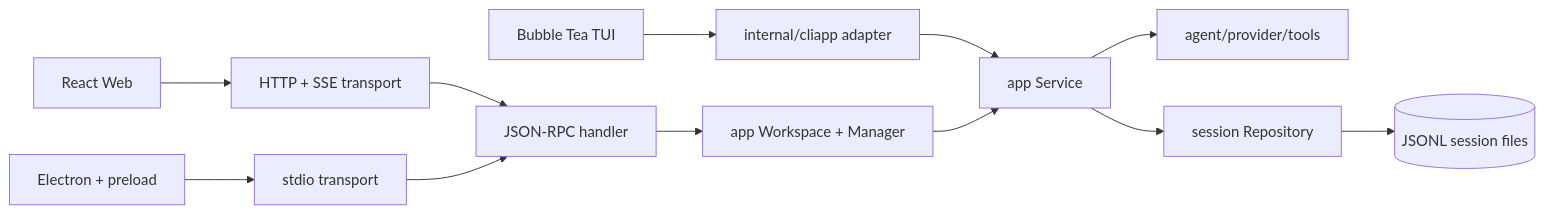
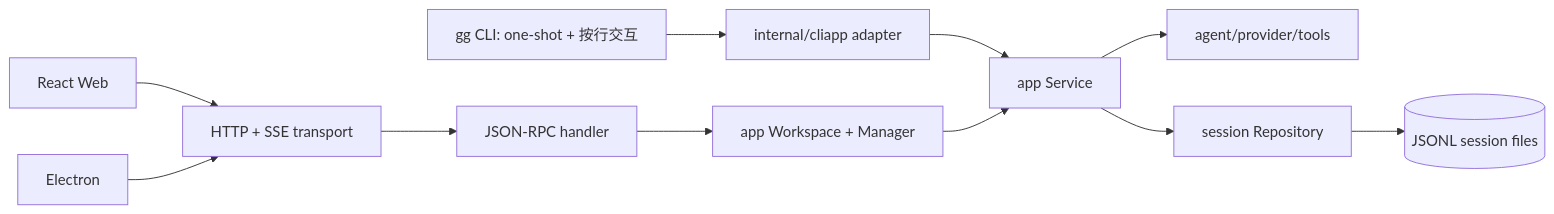
Before and after one commit to hszjj221/gg: the diagram in docs/architecture.zh-CN.md, drawn with Mermaid. The commit also changed other lines of this file and 25 other files, not shown here.

First line of the commit message:
Remove TUI; unify desktop and web on HTTP transport

````diff
--- a/docs/architecture.zh-CN.md
+++ b/docs/architecture.zh-CN.md
@@ -5,14 +5,13 @@
 ```mermaid
 flowchart LR
-    TUI[Bubble Tea TUI] --> CLIAPP[internal/cliapp adapter]
+    CLI[gg CLI: one-shot + 按行交互] --> CLIAPP[internal/cliapp adapter]
     WEB[React Web] --> HTTP[HTTP + SSE transport]
-    DESKTOP[Electron + preload] --> STDIO[stdio transport]
+    DESKTOP[Electron] --> HTTP
     CLIAPP --> CORE[app Service]
     HTTP --> RPC[JSON-RPC handler]
-    STDIO --> RPC
     RPC --> WORKSPACE[app Workspace + Manager]
     WORKSPACE --> CORE
     CORE --> AGENT[agent/provider/tools]
     CORE --> REPO[session Repository]
     REPO --> JSONL[(JSONL session files)]
 ```
````
